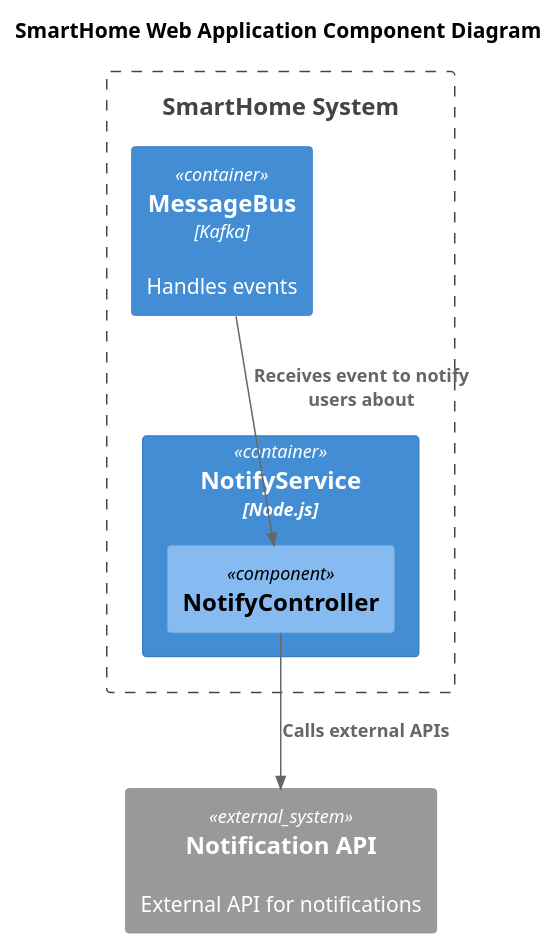
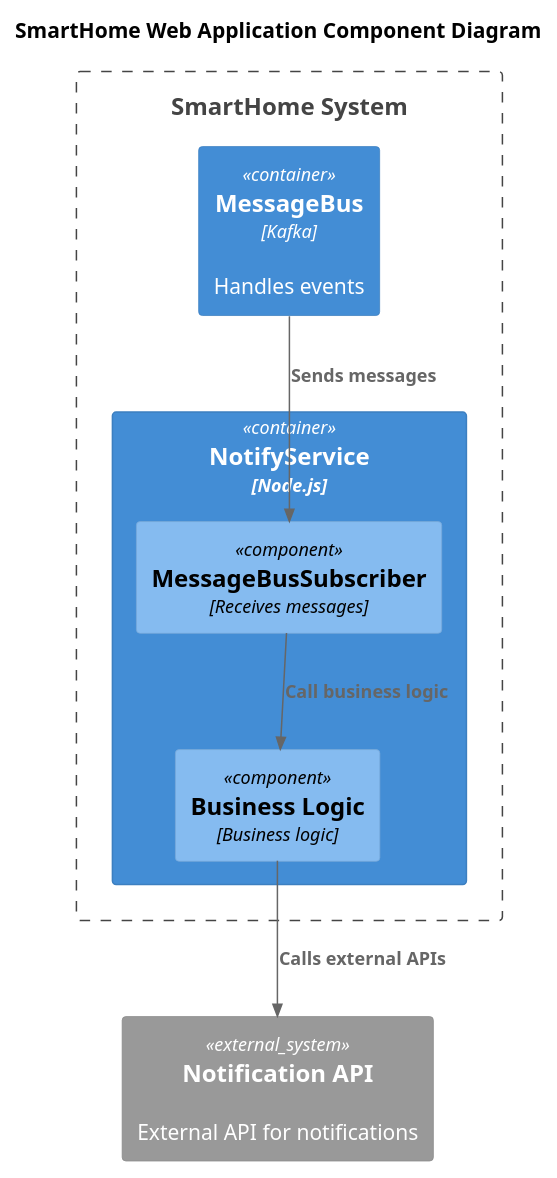
One commit to lunaticenslaved/practicum-software-architect-1 changed the diagram in schemas/component/NotifyService_Component.puml. Above: the diagram before and after it, drawn with PlantUML. The commit also changed 6 other files, not shown here.

```diff
--- a/schemas/component/NotifyService_Component.puml
+++ b/schemas/component/NotifyService_Component.puml
@@ -1,22 +1,24 @@
 @startuml
 title SmartHome Web Application Component Diagram
 
 top to bottom direction
 
 !includeurl https://raw.githubusercontent.com/RicardoNiepel/C4-PlantUML/master/C4_Component.puml
 
 Boundary(SmartHomeSystem, "SmartHome System") {
   Container(NotifyService, "NotifyService", "Node.js", "")
   Container(MessageBus, "MessageBus", "Kafka", "Handles events")
 }
 
 System_Ext(notificationAPI, "Notification API", "External API for notifications")
 
 Container(NotifyService, "NotifyService", "Node.js", "") {
-  Component(NotifyController, "NotifyController", "")
+  Component(MessageBusSubscriber, "MessageBusSubscriber", "Receives messages")
+  Component(BusinessLogic, "Business Logic", "Business logic")
 }
 
-Rel(MessageBus, NotifyController, "Receives event to notify users about")
-Rel(NotifyController, notificationAPI, "Calls external APIs")
+Rel(MessageBus, MessageBusSubscriber, "Sends messages")
+Rel(MessageBusSubscriber, BusinessLogic, "Call business logic")
+Rel(BusinessLogic, notificationAPI, "Calls external APIs")
 
 @enduml
```
